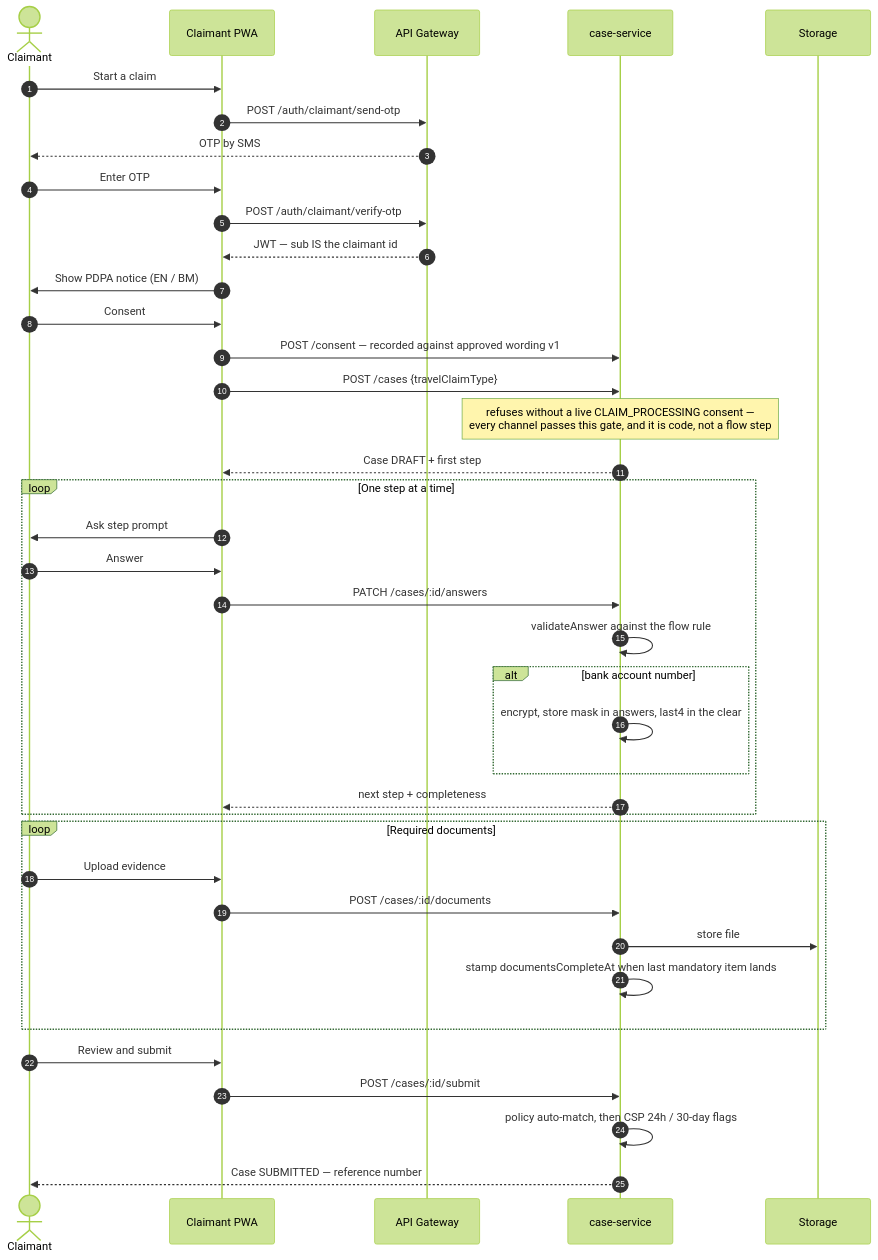
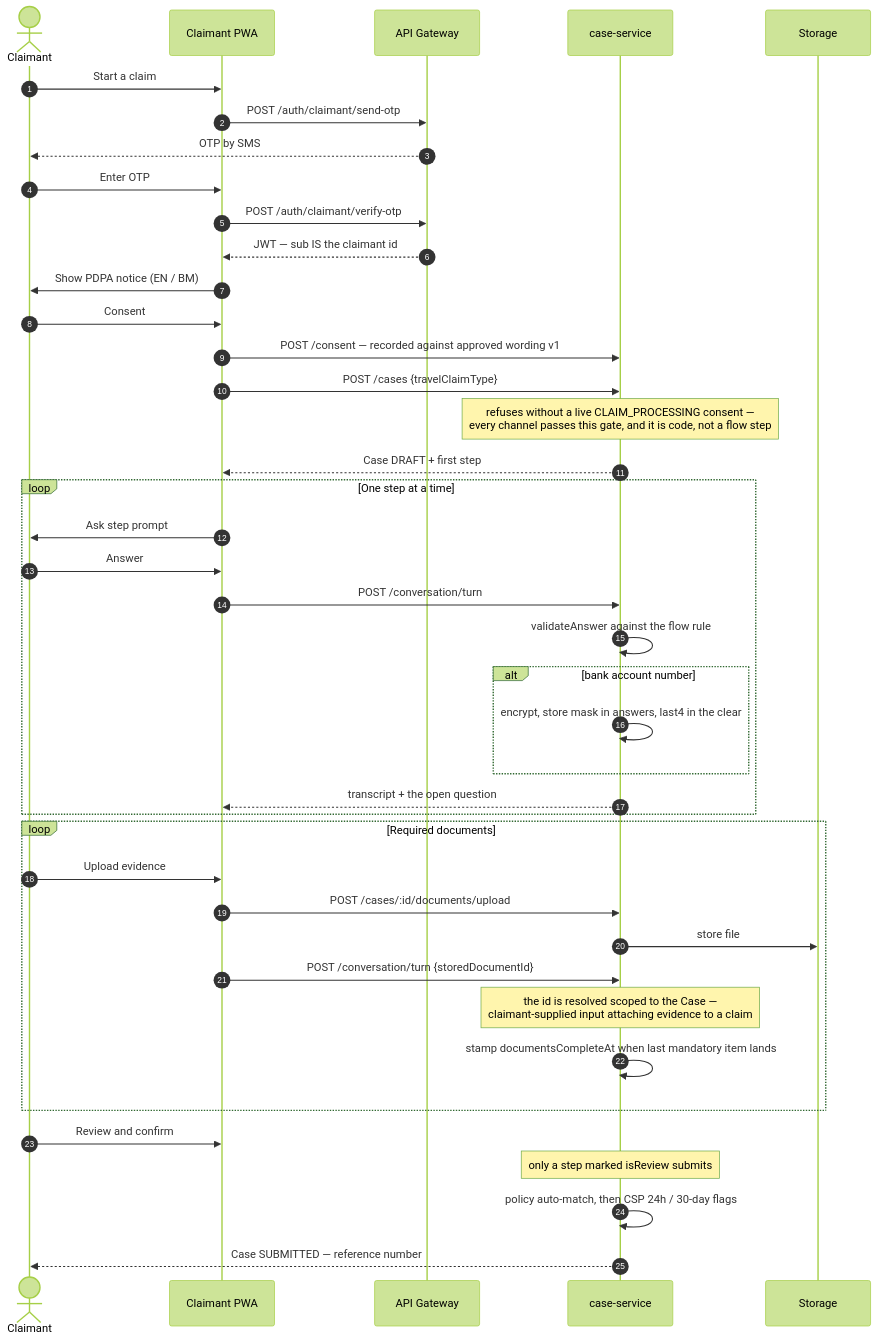
The third of 12 diagrams in docs/USER_FLOWS.md (leobarcove/true-claim-insight), drawn with Mermaid (forest theme) before and after one commit. The commit also changed other lines of this file and 5 other files, not shown here.

````diff
--- a/docs/USER_FLOWS.md
+++ b/docs/USER_FLOWS.md
@@ -164,47 +171,49 @@
 ```mermaid
 sequenceDiagram
     autonumber
     actor CL as Claimant
     participant PWA as Claimant PWA
     participant GW as API Gateway
     participant CS as case-service
     participant ST as Storage
 
     CL->>PWA: Start a claim
     PWA->>GW: POST /auth/claimant/send-otp
     GW-->>CL: OTP by SMS
     CL->>PWA: Enter OTP
     PWA->>GW: POST /auth/claimant/verify-otp
     GW-->>PWA: JWT — sub IS the claimant id
 
     PWA->>CL: Show PDPA notice (EN / BM)
     CL->>PWA: Consent
     PWA->>CS: POST /consent — recorded against approved wording v1
 
     PWA->>CS: POST /cases {travelClaimType}
     note over CS: refuses without a live CLAIM_PROCESSING consent —<br/>every channel passes this gate, and it is code, not a flow step
     CS-->>PWA: Case DRAFT + first step
 
     loop One step at a time
         PWA->>CL: Ask step prompt
         CL->>PWA: Answer
-        PWA->>CS: PATCH /cases/:id/answers
+        PWA->>CS: POST /conversation/turn
         CS->>CS: validateAnswer against the flow rule
         alt bank account number
             CS->>CS: encrypt, store mask in answers, last4 in the clear
         end
-        CS-->>PWA: next step + completeness
+        CS-->>PWA: transcript + the open question
     end
 
     loop Required documents
         CL->>PWA: Upload evidence
-        PWA->>CS: POST /cases/:id/documents
+        PWA->>CS: POST /cases/:id/documents/upload
         CS->>ST: store file
+        PWA->>CS: POST /conversation/turn {storedDocumentId}
+        note over CS: the id is resolved scoped to the Case —<br/>claimant-supplied input attaching evidence to a claim
         CS->>CS: stamp documentsCompleteAt when last mandatory item lands
     end
 
-    CL->>PWA: Review and submit
-    PWA->>CS: POST /cases/:id/submit
+    CL->>PWA: Review and confirm
+    note over CS: only a step marked isReview submits
     CS->>CS: policy auto-match, then CSP 24h / 30-day flags
     CS-->>CL: Case SUBMITTED — reference number
 ```
````
